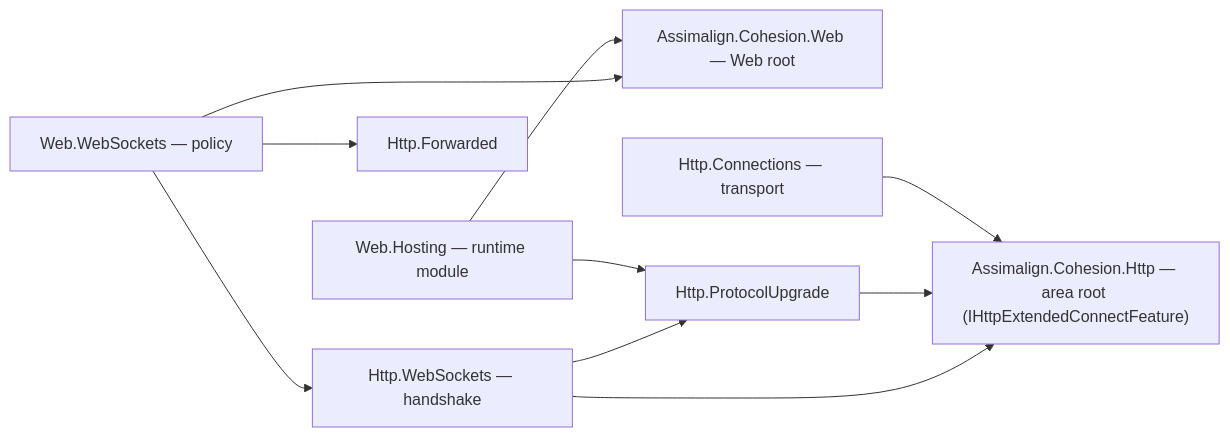
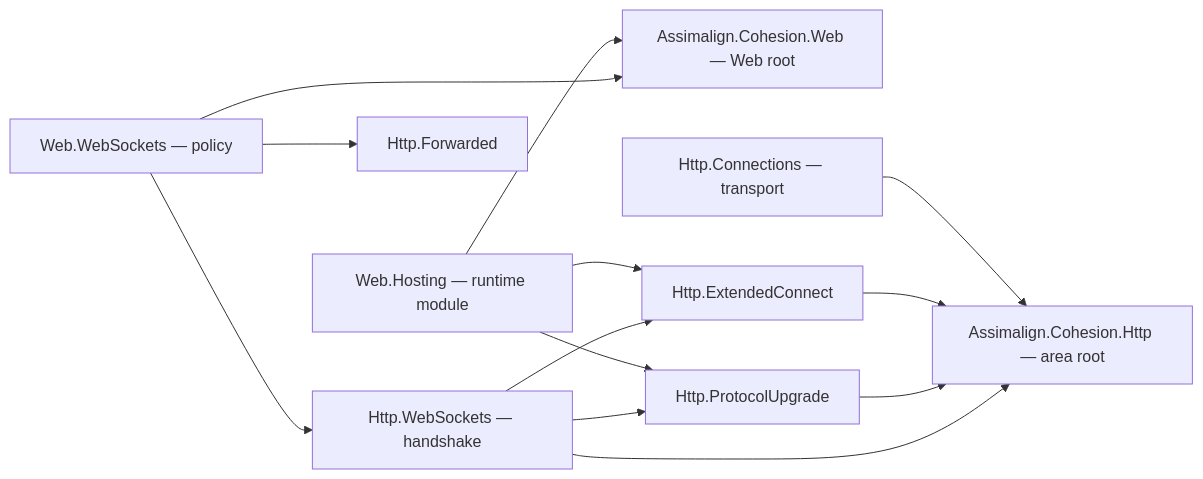
One commit to assimalign/cohesion-docs changed the first of 3 diagrams in docs/dotnet-apis/libraries/http/assimalign-cohesion-http-websockets/design.md. Above: the diagram before and after it, drawn with Mermaid. The commit also changed other lines of this file and 14 other files, not shown here.

````diff
--- a/docs/dotnet-apis/libraries/http/assimalign-cohesion-http-websockets/design.md
+++ b/docs/dotnet-apis/libraries/http/assimalign-cohesion-http-websockets/design.md
@@ -40,12 +40,15 @@
 ```mermaid
 flowchart LR
     Policy["Web.WebSockets — policy"] --> Sockets["Http.WebSockets — handshake"]
     Policy --> Web["Assimalign.Cohesion.Web — Web root"]
     Policy --> Forwarded["Http.Forwarded"]
     Sockets --> Upgrade["Http.ProtocolUpgrade"]
-    Sockets --> Http["Assimalign.Cohesion.Http — area root (IHttpExtendedConnectFeature)"]
+    Sockets --> Ext["Http.ExtendedConnect"]
+    Sockets --> Http["Assimalign.Cohesion.Http — area root"]
     Upgrade --> Http
+    Ext --> Http
     Transport["Http.Connections — transport"] --> Http
     Hosting["Web.Hosting — runtime module"] --> Upgrade
+    Hosting --> Ext
     Hosting --> Web
 ```
````
